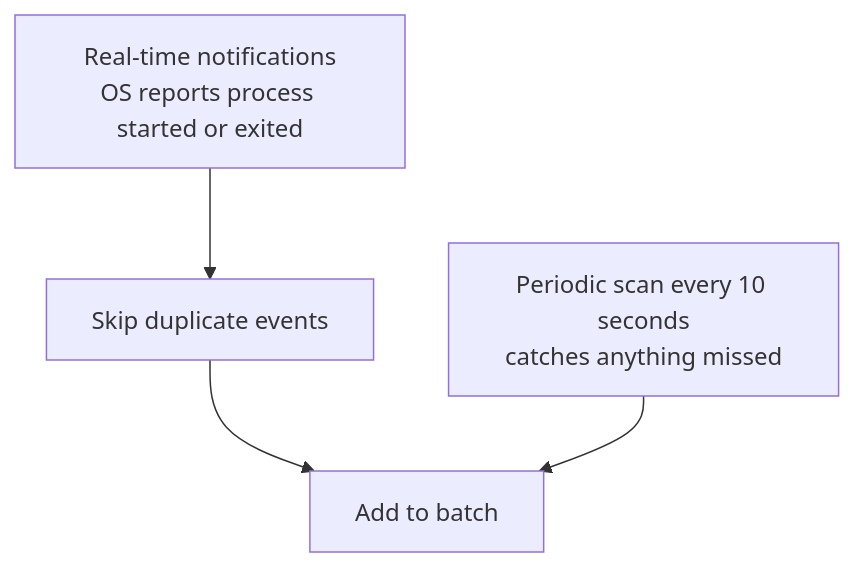
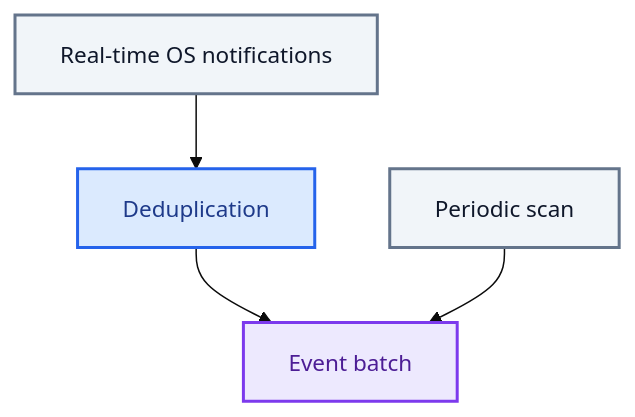
One commit to TrustEdgeOrg/TrustEdge-Agent changed the second of 2 diagrams in docs/collection.md. Above: the diagram before and after it, drawn with Mermaid. The commit also changed other lines of this file and 2 other files, not shown here.

First line of the commit message:
Polish documentation diagrams with consistent professional styling.

````diff
--- a/docs/collection.md
+++ b/docs/collection.md
@@ -140,10 +149,19 @@
 ```mermaid
+%%{init: {'theme': 'base', 'themeVariables': {'fontSize': '15px', 'fontFamily': 'arial'}}}%%
 flowchart TB
-    RT["Real-time notifications<br/>OS reports process started or exited"]
-    POLL["Periodic scan every 10 seconds<br/>catches anything missed"]
-    DEDUP["Skip duplicate events"]
-    OUT["Add to batch"]
+    RT["Real-time OS notifications"]
+    POLL["Periodic scan"]
+    DEDUP["Deduplication"]
+    OUT["Event batch"]
 
     RT --> DEDUP --> OUT
     POLL --> OUT
+
+    classDef rt fill:#F1F5F9,stroke:#64748B,stroke-width:2px,color:#0F172A
+    classDef dedup fill:#DBEAFE,stroke:#2563EB,stroke-width:2px,color:#1E3A8A
+    classDef out fill:#EDE9FE,stroke:#7C3AED,stroke-width:2px,color:#4C1D95
+
+    class RT,POLL rt
+    class DEDUP dedup
+    class OUT out
 ```
````
